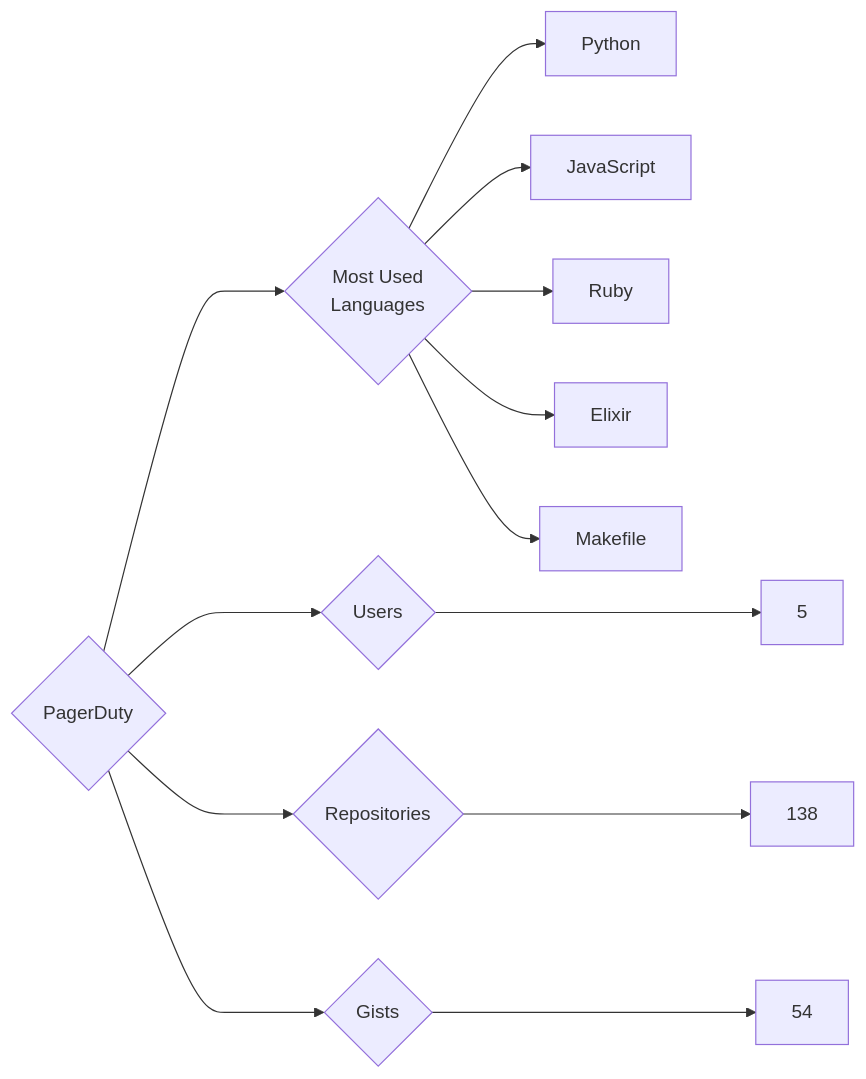
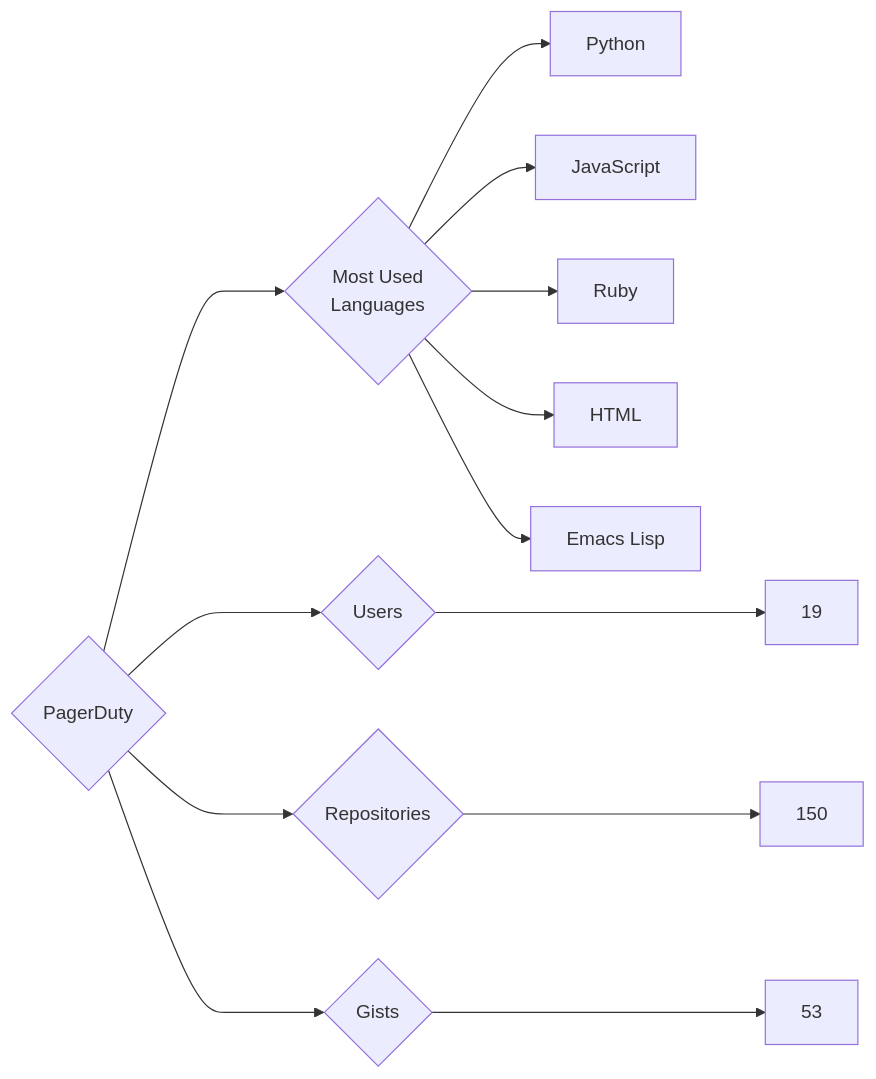
One commit to trickest/insiders changed the diagram in targets/PagerDuty/README.md. Above: the diagram before and after it, drawn with Mermaid. The commit also changed 976 other files, not shown here.

````diff
--- a/targets/PagerDuty/README.md
+++ b/targets/PagerDuty/README.md
@@ -3,13 +3,13 @@
 ```mermaid
 graph LR
 COMPANY_NAME{PagerDuty}
-COMPANY_NAME ---> U{Users} ---> UN[5]
-COMPANY_NAME ---> R{Repositories} ---> RN[138]
-COMPANY_NAME ---> G{Gists} ---> GN[54]
+COMPANY_NAME ---> U{Users} ---> UN[19]
+COMPANY_NAME ---> R{Repositories} ---> RN[150]
+COMPANY_NAME ---> G{Gists} ---> GN[53]
 COMPANY_NAME ---> ML{Most Used<br>Languages}
 ML --> Python[Python]
 ML --> JavaScript[JavaScript]
 ML --> Ruby[Ruby]
-ML --> Elixir[Elixir]
-ML --> Makefile[Makefile]
+ML --> HTML[HTML]
+ML --> Emacs_Lisp[Emacs Lisp]
 ```
````
